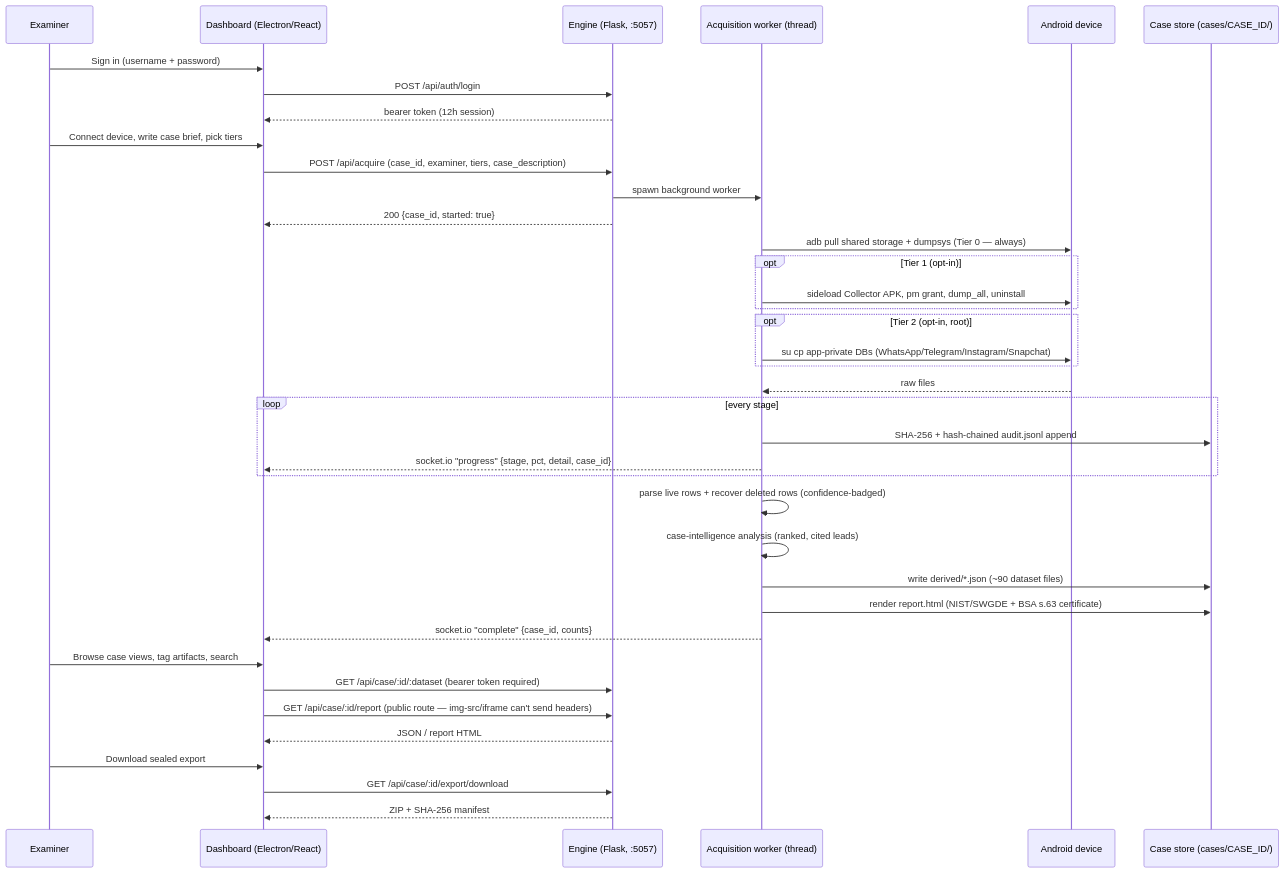
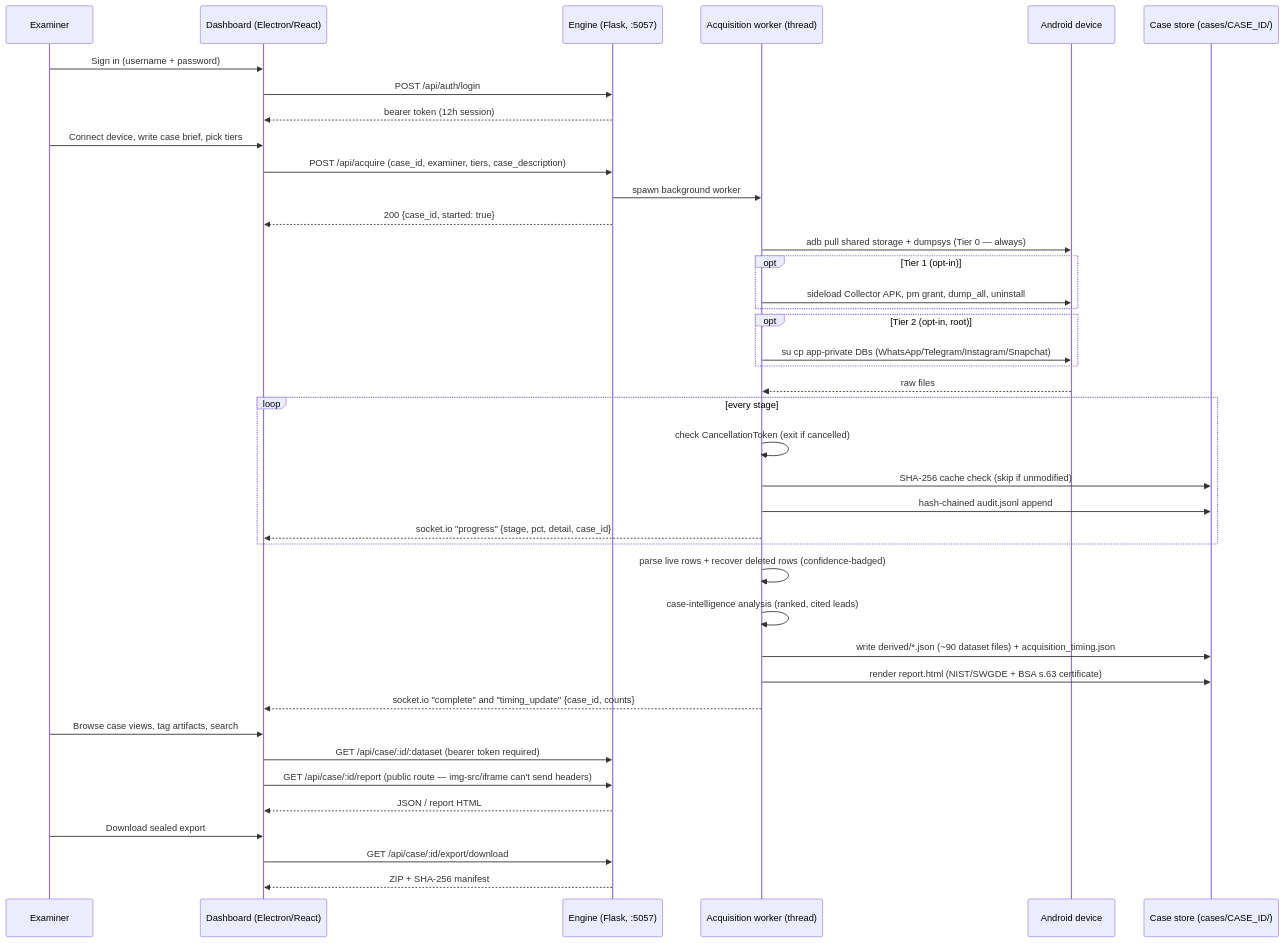
One commit to Punya23/Android_Forensic changed the first of 3 diagrams in docs/ARCHITECTURE.md. Above: the diagram before and after it, drawn with Mermaid. The commit also changed other lines of this file, not shown here.

Commit message:
docs: update ARCHITECTURE.md with security and reliability controls

````diff
--- a/docs/ARCHITECTURE.md
+++ b/docs/ARCHITECTURE.md
@@ -9,47 +9,49 @@
 ```mermaid
 sequenceDiagram
     participant U as Examiner
     participant D as Dashboard (Electron/React)
     participant E as Engine (Flask, :5057)
     participant W as Acquisition worker (thread)
     participant Dev as Android device
     participant CS as Case store (cases/CASE_ID/)
 
     U->>D: Sign in (username + password)
     D->>E: POST /api/auth/login
     E-->>D: bearer token (12h session)
 
     U->>D: Connect device, write case brief, pick tiers
     D->>E: POST /api/acquire (case_id, examiner, tiers, case_description)
     E->>W: spawn background worker
     E-->>D: 200 {case_id, started: true}
 
     W->>Dev: adb pull shared storage + dumpsys (Tier 0 — always)
     opt Tier 1 (opt-in)
         W->>Dev: sideload Collector APK, pm grant, dump_all, uninstall
     end
     opt Tier 2 (opt-in, root)
         W->>Dev: su cp app-private DBs (WhatsApp/Telegram/Instagram/Snapchat)
     end
     Dev-->>W: raw files
 
     loop every stage
-        W->>CS: SHA-256 + hash-chained audit.jsonl append
+        W->>W: check CancellationToken (exit if cancelled)
+        W->>CS: SHA-256 cache check (skip if unmodified)
+        W->>CS: hash-chained audit.jsonl append
         W-->>D: socket.io "progress" {stage, pct, detail, case_id}
     end
 
     W->>W: parse live rows + recover deleted rows (confidence-badged)
     W->>W: case-intelligence analysis (ranked, cited leads)
-    W->>CS: write derived/*.json (~90 dataset files)
+    W->>CS: write derived/*.json (~90 dataset files) + acquisition_timing.json
     W->>CS: render report.html (NIST/SWGDE + BSA s.63 certificate)
-    W-->>D: socket.io "complete" {case_id, counts}
+    W-->>D: socket.io "complete" and "timing_update" {case_id, counts}
 
     U->>D: Browse case views, tag artifacts, search
     D->>E: GET /api/case/:id/:dataset (bearer token required)
     D->>E: GET /api/case/:id/report (public route — img-src/iframe can't send headers)
     E-->>D: JSON / report HTML
 
     U->>D: Download sealed export
     D->>E: GET /api/case/:id/export/download
     E-->>D: ZIP + SHA-256 manifest
 ```
````
